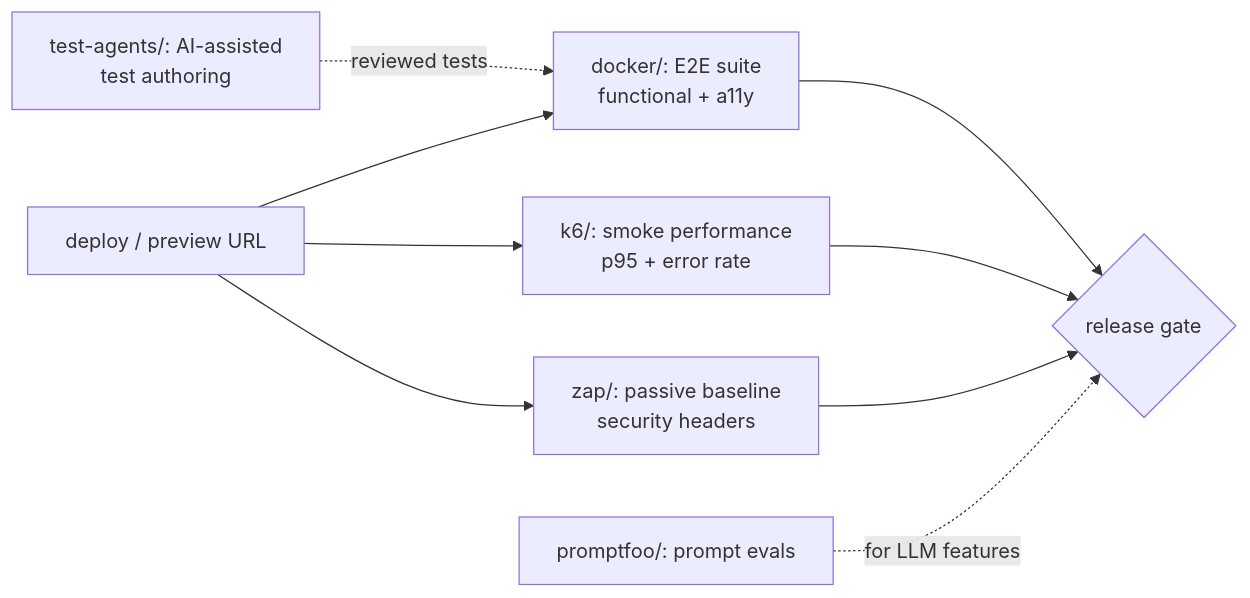
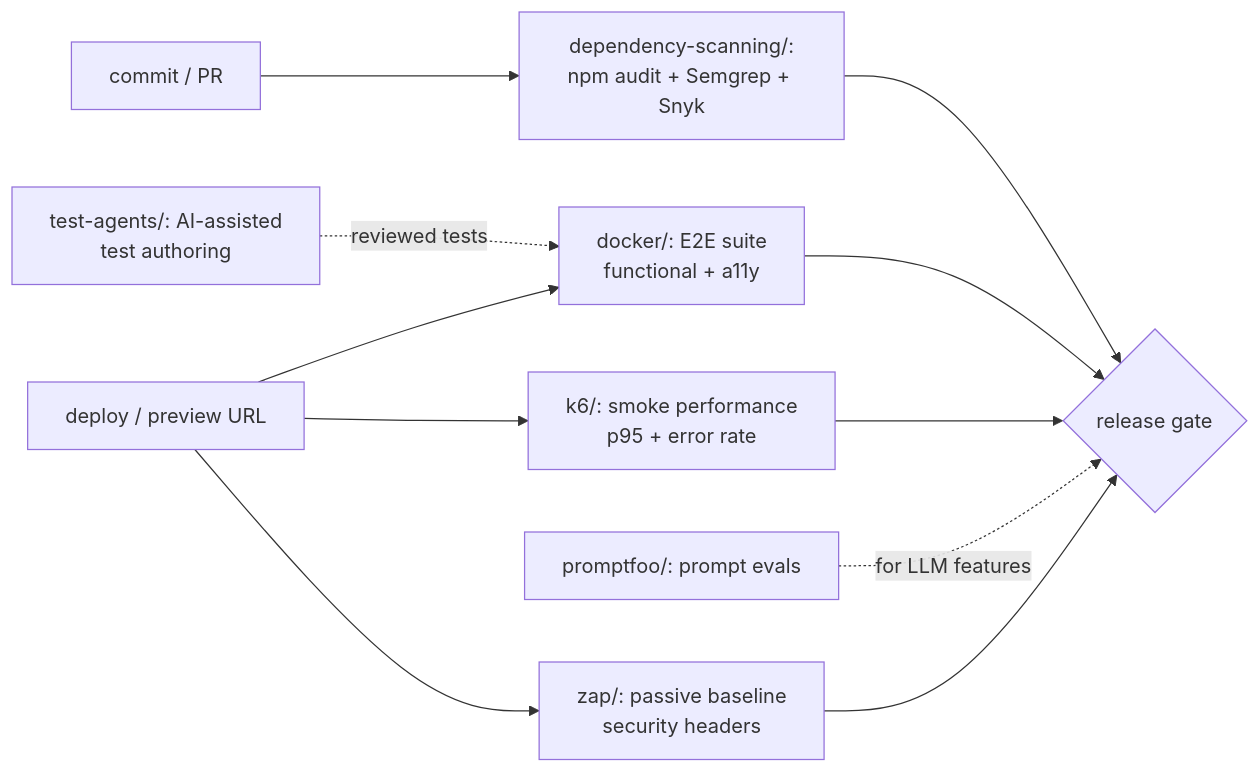
Before and after one commit to RomulusMirauta/qa-toolbox: the diagram in README.md, drawn with Mermaid. The commit also changed other lines of this file and 12 other files, not shown here.

First line of the commit message:
Add dependency-scanning module: npm audit, Semgrep and Snyk

````diff
--- a/README.md
+++ b/README.md
@@ -30,11 +31,13 @@
 ```mermaid
 flowchart LR
   D[deploy / preview URL] --> S[docker/: E2E suite<br>functional + a11y]
   D --> K[k6/: smoke performance<br>p95 + error rate]
   D --> Z[zap/: passive baseline<br>security headers]
   A[test-agents/: AI-assisted<br>test authoring] -. reviewed tests .-> S
   P[promptfoo/: prompt evals] -. for LLM features .-> R
+  C[commit / PR] --> V[dependency-scanning/:<br>npm audit + Semgrep + Snyk]
+  V --> R
   S --> R{release gate}
   K --> R
   Z --> R
 ```
````
